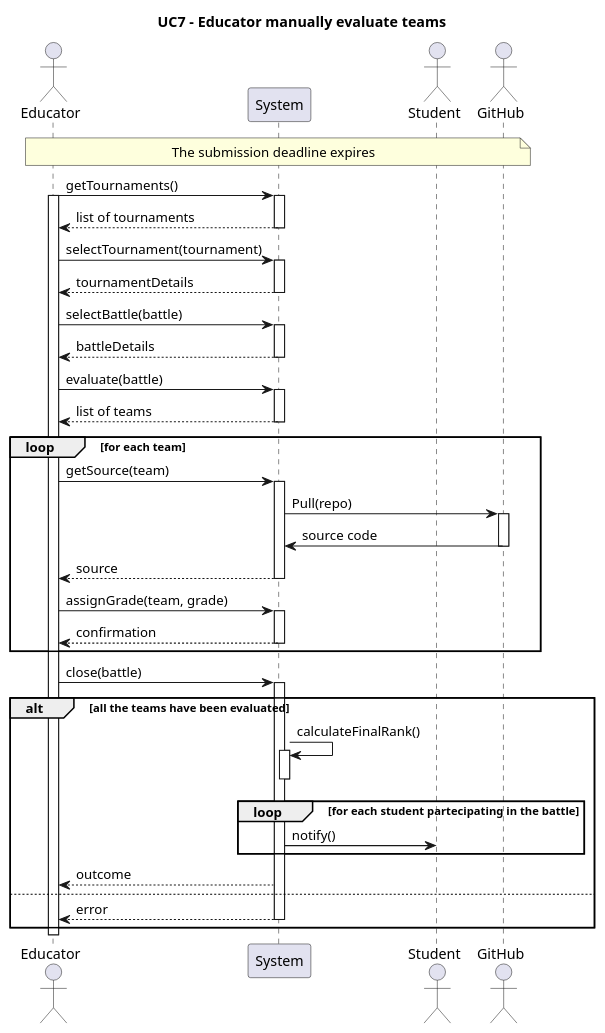
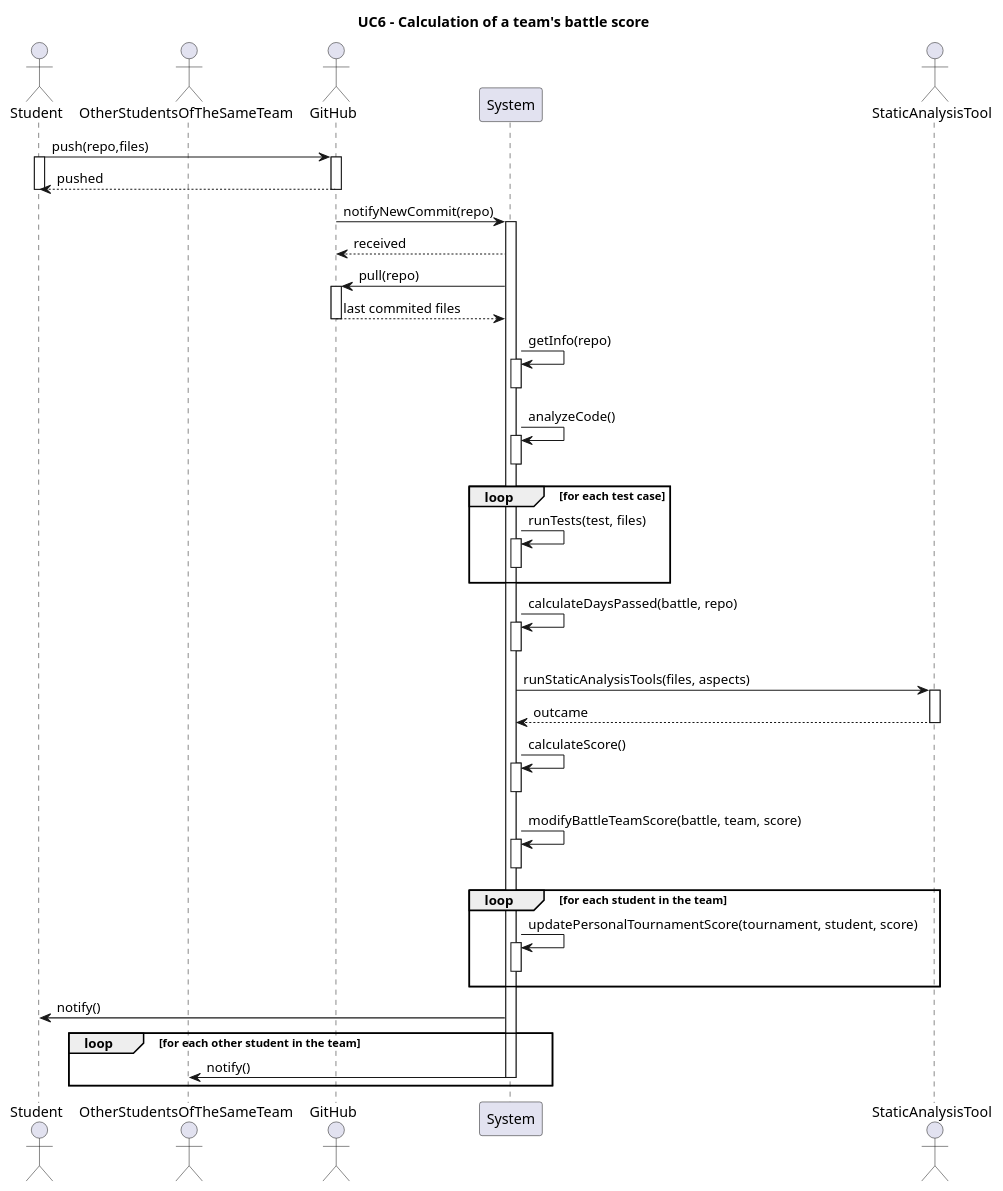
Before and after one commit to Furrrlo/CodeKataBattle: the diagram in rasd/puml/UC7.puml, drawn with PlantUML. The commit also changed 10 other files, not shown here.

```diff
--- a/rasd/puml/UC7.puml
+++ b/rasd/puml/UC7.puml
@@ -1,59 +1,60 @@
-@startuml UC7
-title UC7 - Educator manually evaluate teams    
-actor Educator
+@startuml UC6
+title UC6 - Calculation of a team's battle score
+actor Student
+actor OtherStudentsOfTheSameTeam
+actor GitHub
 participant System
-actor Student
-actor GitHub
+actor StaticAnalysisTool
 
-note across: The submission deadline expires
+Student -> GitHub ++ : push(repo,files)
+activate Student
+GitHub --> Student --: pushed
+deactivate Student
 
 
-Educator -> System ++: getTournaments()
-activate Educator
-System --> Educator--: list of tournaments
+GitHub -> System ++ : notifyNewCommit(repo)
+
+System --> GitHub : received
+
+System -> GitHub ++ : pull(repo)
+GitHub --> System --: last commited files
 
 
+System -> System ++: getInfo(repo)
+deactivate System
 
-Educator -> System ++ : selectTournament(tournament)
-Educator <-- System -- : tournamentDetails
+System -> System ++: analyzeCode()
+deactivate System
 
-Educator -> System ++ : selectBattle(battle)
-Educator <-- System -- : battleDetails
 
-Educator -> System ++ : evaluate(battle)
-Educator <-- System -- : list of teams
+loop for each test case
+    System -> System ++: runTests(test, files)
+    deactivate System
+end
 
-loop for each team
-    Educator -> System ++ : getSource(team)
-    System -> GitHub ++: Pull(repo)
-    System <- GitHub --: source code
-    Educator <-- System -- : source
+System -> System ++: calculateDaysPassed(battle, repo)
+deactivate System
 
-    Educator -> System ++ : assignGrade(team, grade)
-    Educator <-- System -- : confirmation
+System -> StaticAnalysisTool ++: runStaticAnalysisTools(files, aspects)
+StaticAnalysisTool --> System -- : outcame
+
+
+System -> System ++: calculateScore()
+deactivate System
+
+System -> System ++: modifyBattleTeamScore(battle, team, score)
+deactivate System
+
+loop for each student in the team
+    System -> System ++: updatePersonalTournamentScore(tournament, student, score)
+    deactivate System
+end
+
+System -> Student: notify()
+loop for each other student in the team
+    System -> OtherStudentsOfTheSameTeam: notify()
+    deactivate System
 end
 
 
-
-
-Educator -> System ++ : close(battle)
-
-alt all the teams have been evaluated
-
-    System -> System ++ : calculateFinalRank()
-    deactivate System
-
-    loop for each student partecipating in the battle
-        System -> Student : notify()
-    end
-
-
-
-    Educator <-- System  : outcome
-else 
-Educator <-- System -- : error
-
-
-end
-deactivate Educator
 @enduml
```
